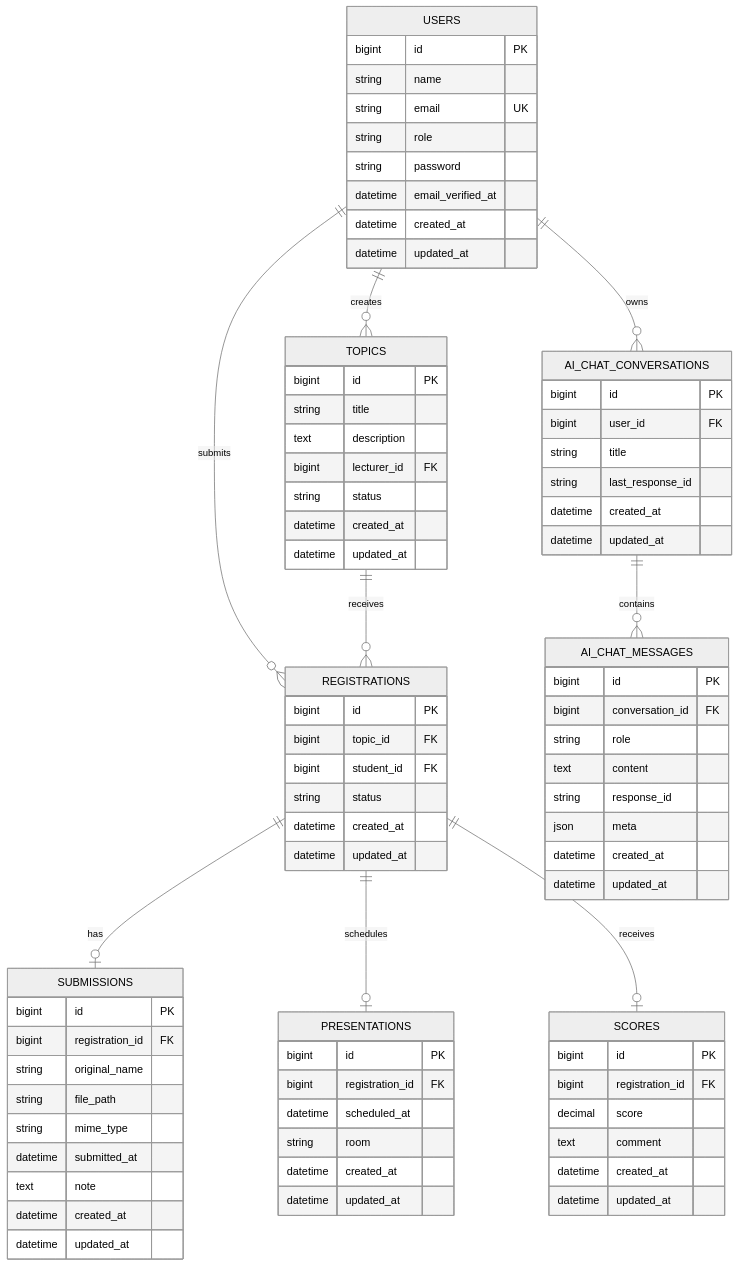
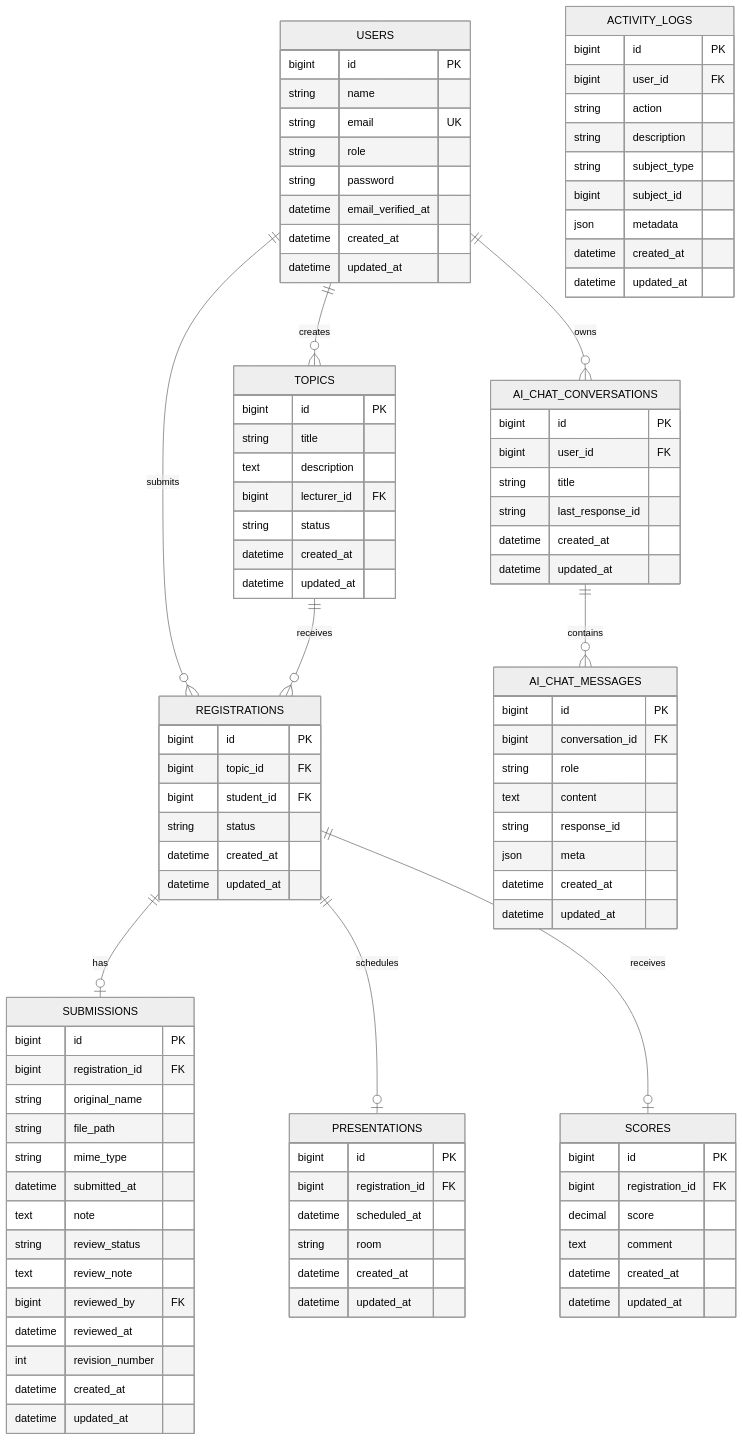
One commit to DYBInh2k5/Seminar-Manager_Seminar_Web_SDFramework changed the diagram in DATABASE.md. Above: the diagram before and after it, drawn with Mermaid (neutral theme). The commit also changed other lines of this file and 30 other files, not shown here.

Commit message:
Add activity logs review flow and AI chat upgrades

````diff
--- a/DATABASE.md
+++ b/DATABASE.md
@@ -285,6 +318,11 @@
         string mime_type
         datetime submitted_at
         text note
+        string review_status
+        text review_note
+        bigint reviewed_by FK
+        datetime reviewed_at
+        int revision_number
         datetime created_at
         datetime updated_at
     }
@@ -326,4 +364,16 @@
         datetime created_at
         datetime updated_at
     }
+
+    ACTIVITY_LOGS {
+        bigint id PK
+        bigint user_id FK
+        string action
+        string description
+        string subject_type
+        bigint subject_id
+        json metadata
+        datetime created_at
+        datetime updated_at
+    }
 ```
````
